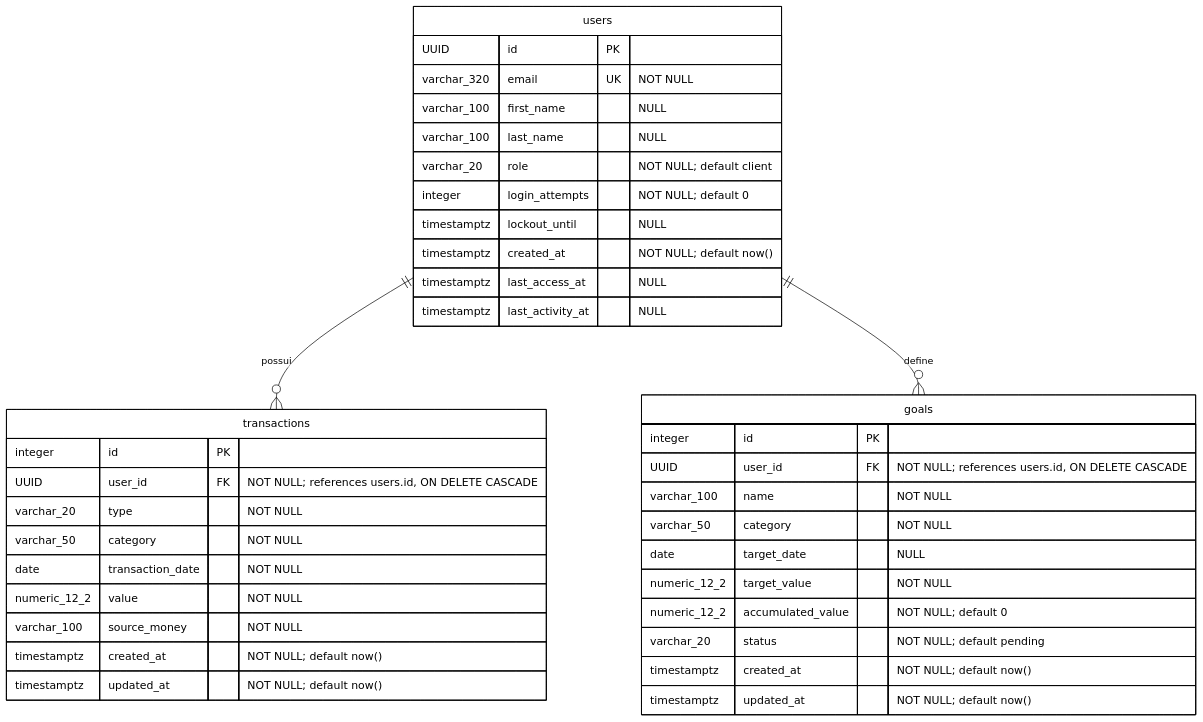
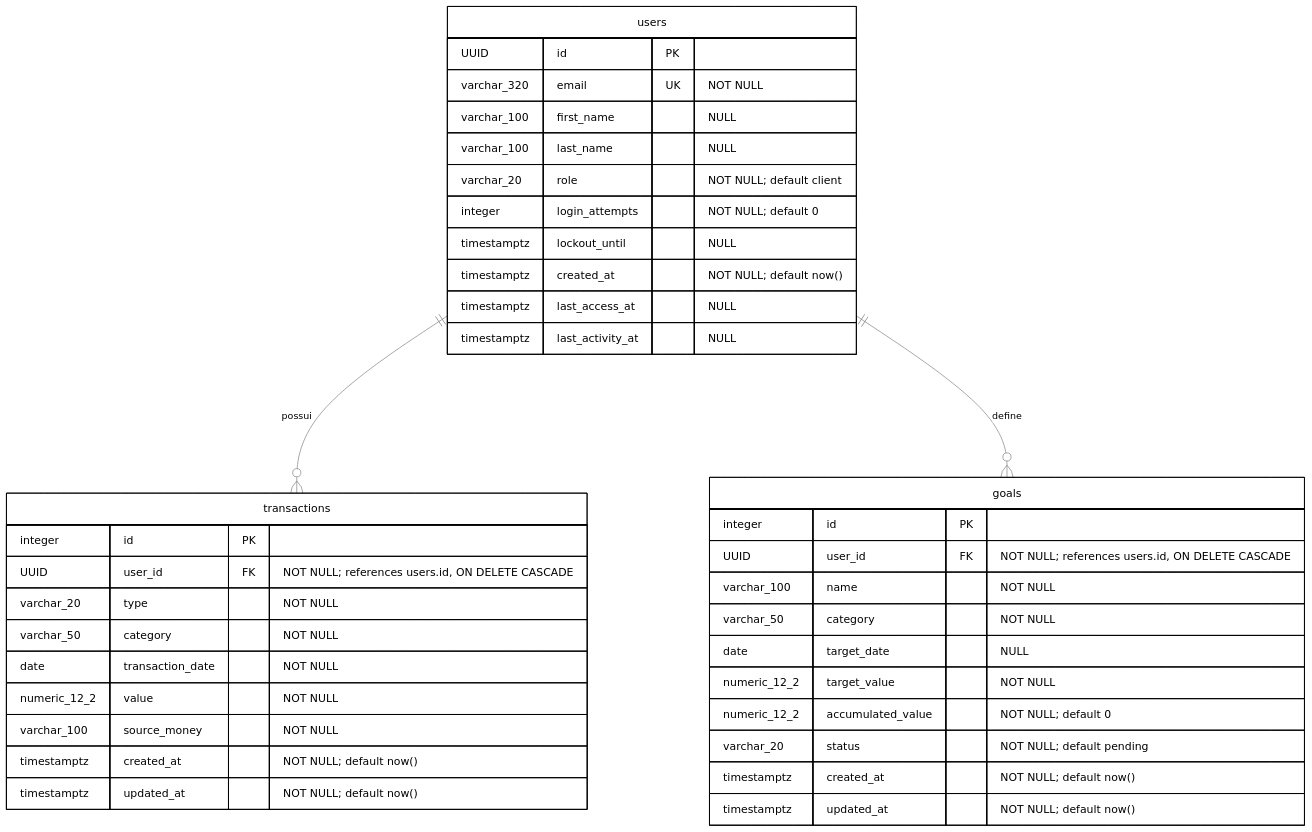
One commit to FATEC-Lab-Eng-Software/FinanSys changed the diagram in documentation/diagrama-entidade-relacionamento.md. Above: the diagram before and after it, drawn with Mermaid.

Commit message:
docs: melhora legibilidade do diagrama ER

````diff
--- a/documentation/diagrama-entidade-relacionamento.md
+++ b/documentation/diagrama-entidade-relacionamento.md
@@ -5,62 +5,73 @@
 ```mermaid
 ---
 config:
+  layout: dagre
   theme: base
+  er:
+    theme: neutral
+    look: classic
+    layoutDirection: TB
+    diagramPadding: 32
+    entityPadding: 18
+    nodeSpacing: 180
+    rankSpacing: 160
+    fontSize: 16
   themeVariables:
     background: '#ffffff'
     primaryColor: '#ffffff'
     primaryTextColor: '#000000'
     primaryBorderColor: '#000000'
-    lineColor: '#000000'
+    lineColor: '#808080'
     textColor: '#000000'
     secondaryColor: '#ffffff'
     secondaryTextColor: '#000000'
     tertiaryColor: '#ffffff'
     tertiaryTextColor: '#000000'
+    edgeLabelBackground: '#ffffff'
 ---
 erDiagram
     users ||--o{ transactions : possui
     users ||--o{ goals : define
 
     users {
         UUID id PK
         varchar_320 email UK "NOT NULL"
         varchar_100 first_name "NULL"
         varchar_100 last_name "NULL"
         varchar_20 role "NOT NULL; default client"
         integer login_attempts "NOT NULL; default 0"
         timestamptz lockout_until "NULL"
         timestamptz created_at "NOT NULL; default now()"
         timestamptz last_access_at "NULL"
         timestamptz last_activity_at "NULL"
     }
 
     transactions {
         integer id PK
         UUID user_id FK "NOT NULL; references users.id, ON DELETE CASCADE"
         varchar_20 type "NOT NULL"
         varchar_50 category "NOT NULL"
         date transaction_date "NOT NULL"
         numeric_12_2 value "NOT NULL"
         varchar_100 source_money "NOT NULL"
         timestamptz created_at "NOT NULL; default now()"
         timestamptz updated_at "NOT NULL; default now()"
     }
 
     goals {
         integer id PK
         UUID user_id FK "NOT NULL; references users.id, ON DELETE CASCADE"
         varchar_100 name "NOT NULL"
         varchar_50 category "NOT NULL"
         date target_date "NULL"
         numeric_12_2 target_value "NOT NULL"
         numeric_12_2 accumulated_value "NOT NULL; default 0"
         varchar_20 status "NOT NULL; default pending"
         timestamptz created_at "NOT NULL; default now()"
         timestamptz updated_at "NOT NULL; default now()"
     }
 
     style users fill:#ffffff,stroke:#000000,color:#000000
     style transactions fill:#ffffff,stroke:#000000,color:#000000
     style goals fill:#ffffff,stroke:#000000,color:#000000
 ```
````
